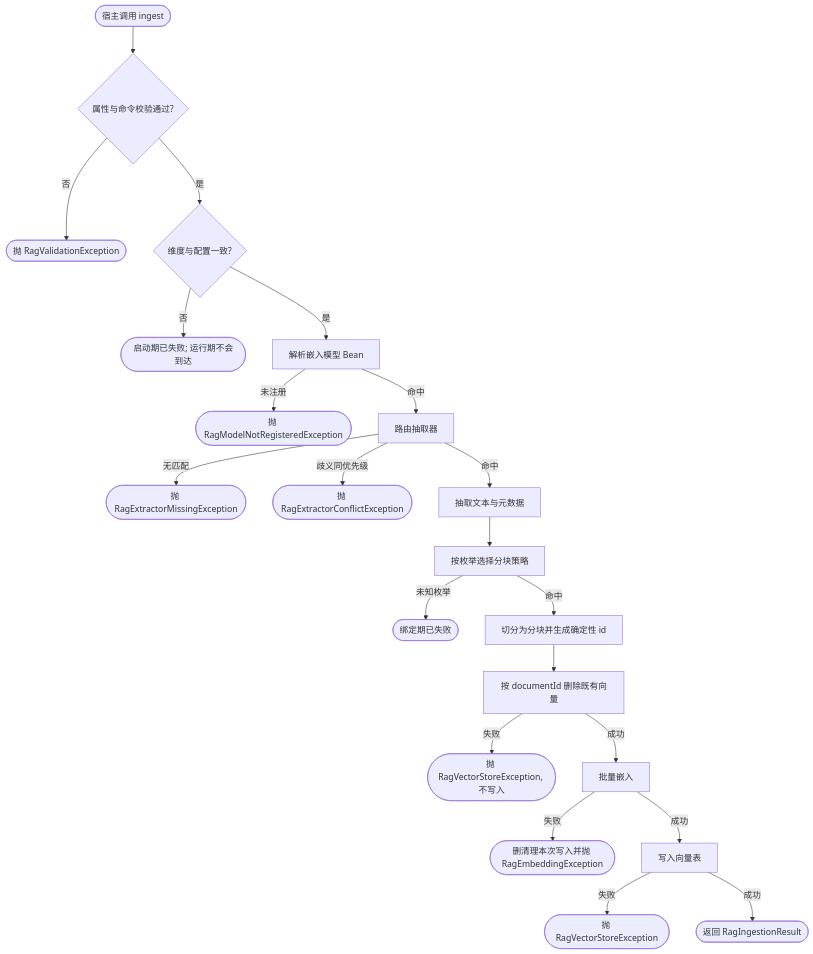
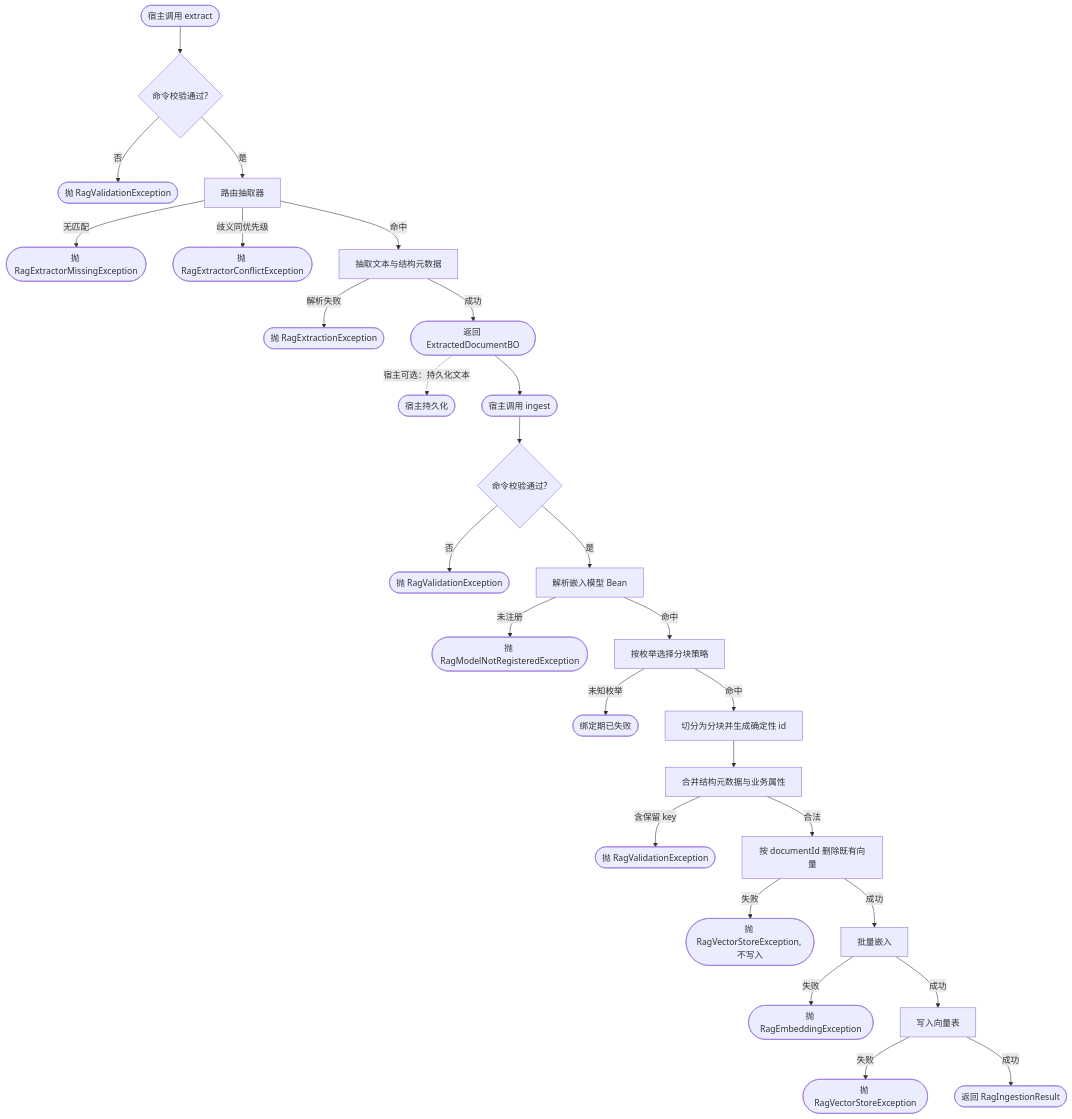
One commit to AllenDEricDAlexander/Egon-COLA changed the third of 4 diagrams in docs/egon/spec/2026-09-10-11-34-egon-cola-component-rag-starter.md. Above: the diagram before and after it, drawn with Mermaid. The commit also changed other lines of this file, not shown here.

First line of the commit message:
docs(spec): split extraction from ingestion in rag component design

````diff
--- a/docs/egon/spec/2026-09-10-11-34-egon-cola-component-rag-starter.md
+++ b/docs/egon/spec/2026-09-10-11-34-egon-cola-component-rag-starter.md
@@ -436,23 +450,31 @@
 ```mermaid
 flowchart TD
-    A([宿主调用 ingest]) --> B{属性与命令校验通过?}
-    B -- 否 --> X1([抛 RagValidationException])
-    B -- 是 --> C{维度与配置一致?}
-    C -- 否 --> X2([启动期已失败; 运行期不会到达])
-    C -- 是 --> D[解析嵌入模型 Bean]
+    A([宿主调用 extract]) --> A1{命令校验通过?}
+    A1 -- 否 --> AX([抛 RagValidationException])
+    A1 -- 是 --> A2[路由抽取器]
+    A2 -- 无匹配 --> AX1([抛 RagExtractorMissingException])
+    A2 -- 歧义同优先级 --> AX2([抛 RagExtractorConflictException])
+    A2 -- 命中 --> A3[抽取文本与结构元数据]
+    A3 -- 解析失败 --> AX3([抛 RagExtractionException])
+    A3 -- 成功 --> A4([返回 ExtractedDocumentBO])
+
+    A4 -.->|"宿主可选：持久化文本"| Z([宿主持久化])
+    A4 --> B([宿主调用 ingest])
+
+    B --> B1{命令校验通过?}
+    B1 -- 否 --> X1([抛 RagValidationException])
+    B1 -- 是 --> D[解析嵌入模型 Bean]
     D -- 未注册 --> X3([抛 RagModelNotRegisteredException])
-    D -- 命中 --> E[路由抽取器]
-    E -- 无匹配 --> X4([抛 RagExtractorMissingException])
-    E -- 歧义同优先级 --> X5([抛 RagExtractorConflictException])
-    E -- 命中 --> F[抽取文本与元数据]
-    F --> G[按枚举选择分块策略]
+    D -- 命中 --> G[按枚举选择分块策略]
     G -- 未知枚举 --> X6([绑定期已失败])
     G -- 命中 --> H[切分为分块并生成确定性 id]
-    H --> I[按 documentId 删除既有向量]
+    H --> HM[合并结构元数据与业务属性]
+    HM -- 含保留 key --> X5([抛 RagValidationException])
+    HM -- 合法 --> I[按 documentId 删除既有向量]
     I -- 失败 --> X7([抛 RagVectorStoreException, 不写入])
     I -- 成功 --> J[批量嵌入]
-    J -- 失败 --> X8([删清理本次写入并抛 RagEmbeddingException])
+    J -- 失败 --> X8([抛 RagEmbeddingException])
     J -- 成功 --> K[写入向量表]
     K -- 失败 --> X9([抛 RagVectorStoreException])
     K -- 成功 --> L([返回 RagIngestionResult])
 ```
````
